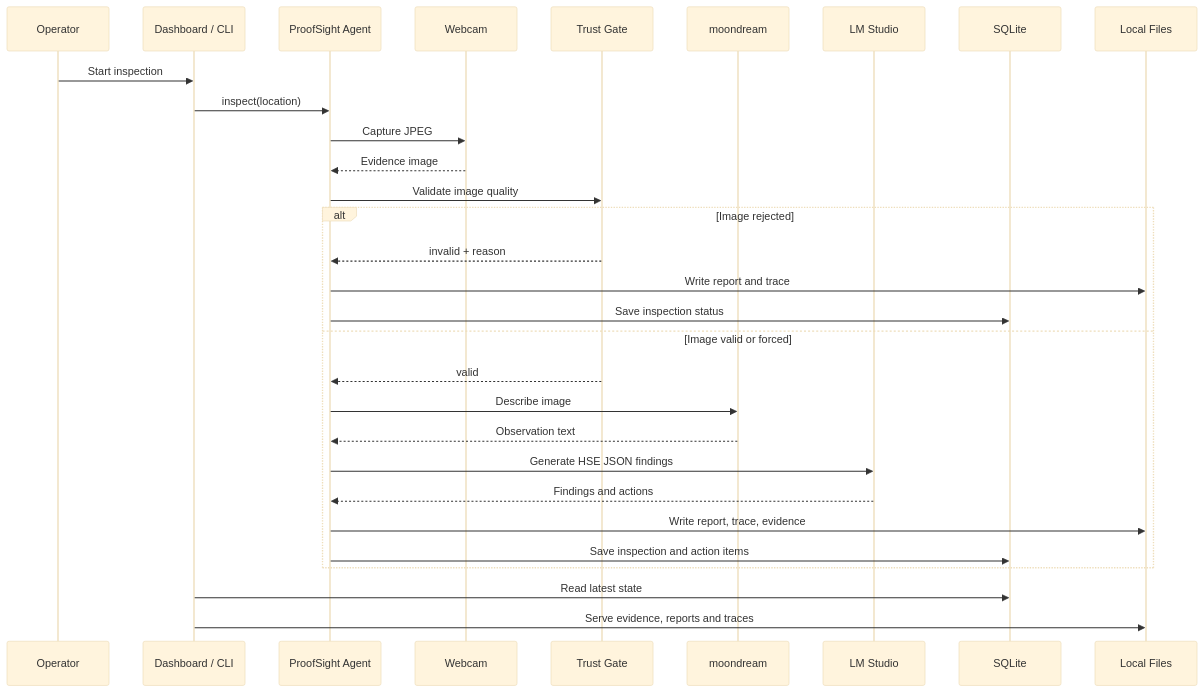
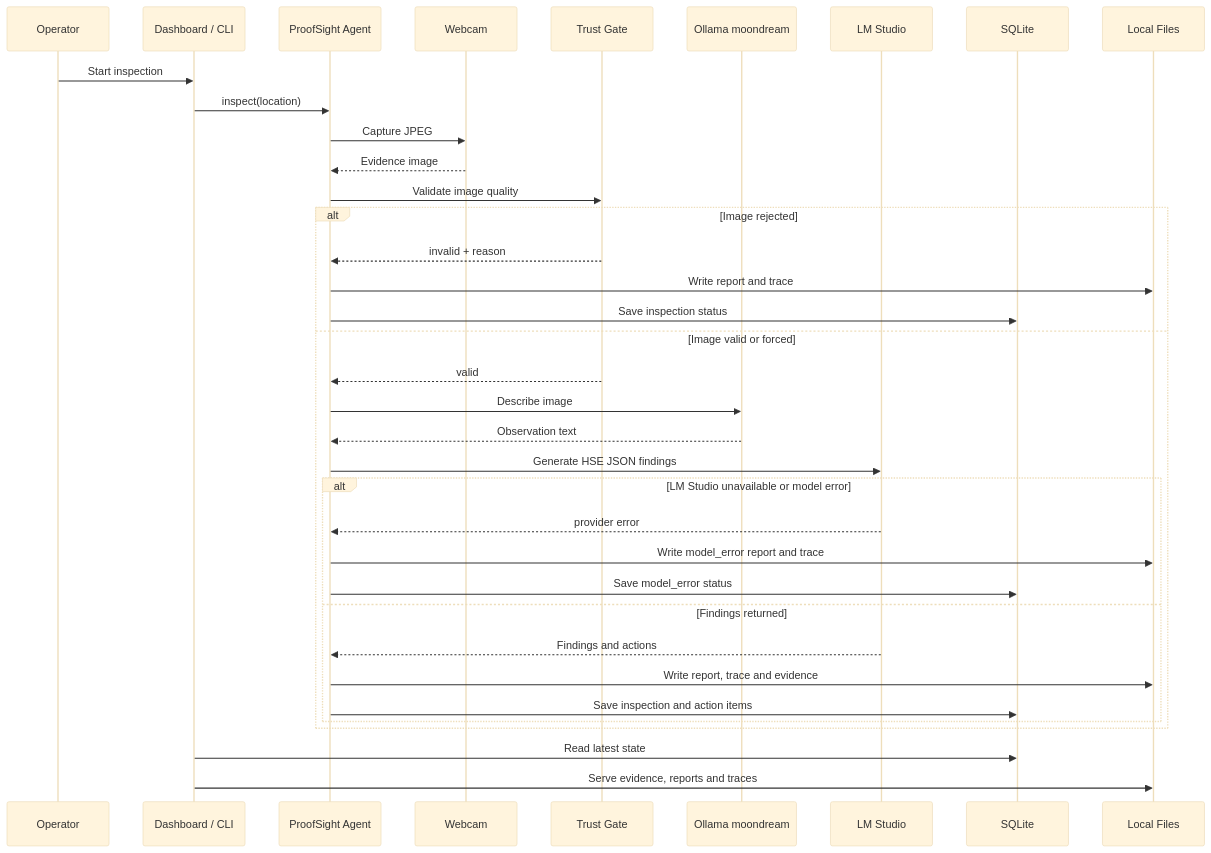
One commit to MasteraSnackin/ProofSight changed the second of 2 diagrams in ARCHITECTURE.md. Above: the diagram before and after it, drawn with Mermaid (base theme). The commit also changed other lines of this file and 1 other file, not shown here.

Commit message:
Refresh README and architecture docs

````diff
--- a/ARCHITECTURE.md
+++ b/ARCHITECTURE.md
@@ -201,33 +223,39 @@
 ```mermaid
 sequenceDiagram
   participant User as Operator
   participant UI as Dashboard / CLI
   participant Agent as ProofSight Agent
   participant Cam as Webcam
   participant Gate as Trust Gate
-  participant VLM as moondream
+  participant VLM as Ollama moondream
   participant LLM as LM Studio
   participant DB as SQLite
   participant FS as Local Files
 
   User->>UI: Start inspection
   UI->>Agent: inspect(location)
   Agent->>Cam: Capture JPEG
   Cam-->>Agent: Evidence image
   Agent->>Gate: Validate image quality
   alt Image rejected
     Gate-->>Agent: invalid + reason
     Agent->>FS: Write report and trace
     Agent->>DB: Save inspection status
   else Image valid or forced
     Gate-->>Agent: valid
     Agent->>VLM: Describe image
     VLM-->>Agent: Observation text
     Agent->>LLM: Generate HSE JSON findings
-    LLM-->>Agent: Findings and actions
-    Agent->>FS: Write report, trace, evidence
-    Agent->>DB: Save inspection and action items
+    alt LM Studio unavailable or model error
+      LLM-->>Agent: provider error
+      Agent->>FS: Write model_error report and trace
+      Agent->>DB: Save model_error status
+    else Findings returned
+      LLM-->>Agent: Findings and actions
+      Agent->>FS: Write report, trace and evidence
+      Agent->>DB: Save inspection and action items
+    end
   end
   UI->>DB: Read latest state
   UI->>FS: Serve evidence, reports and traces
 ```
````
